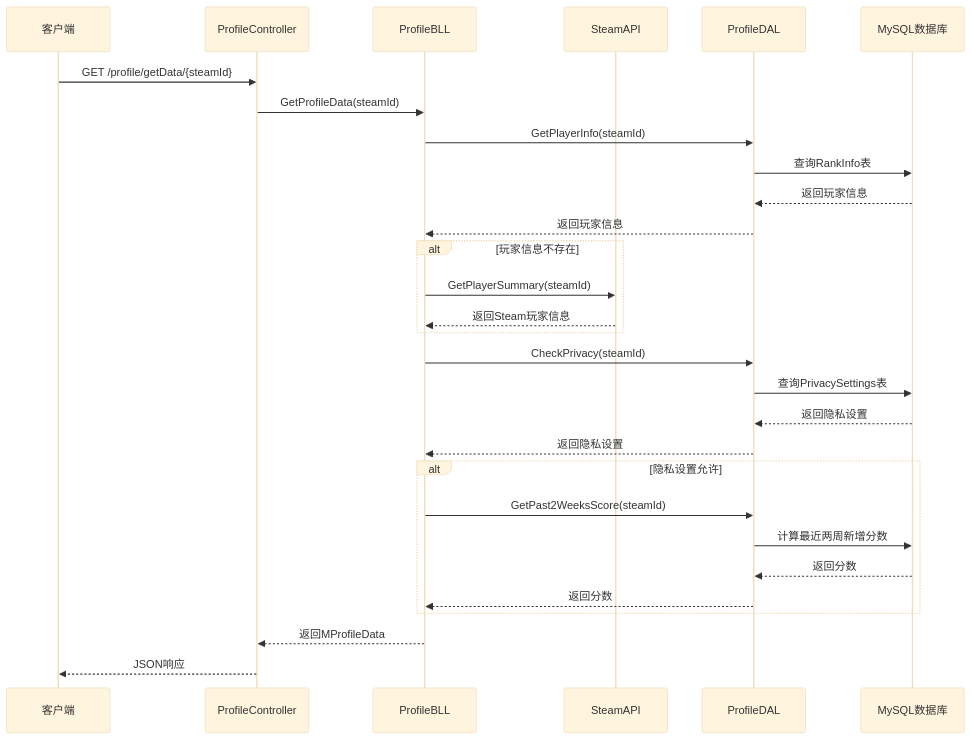
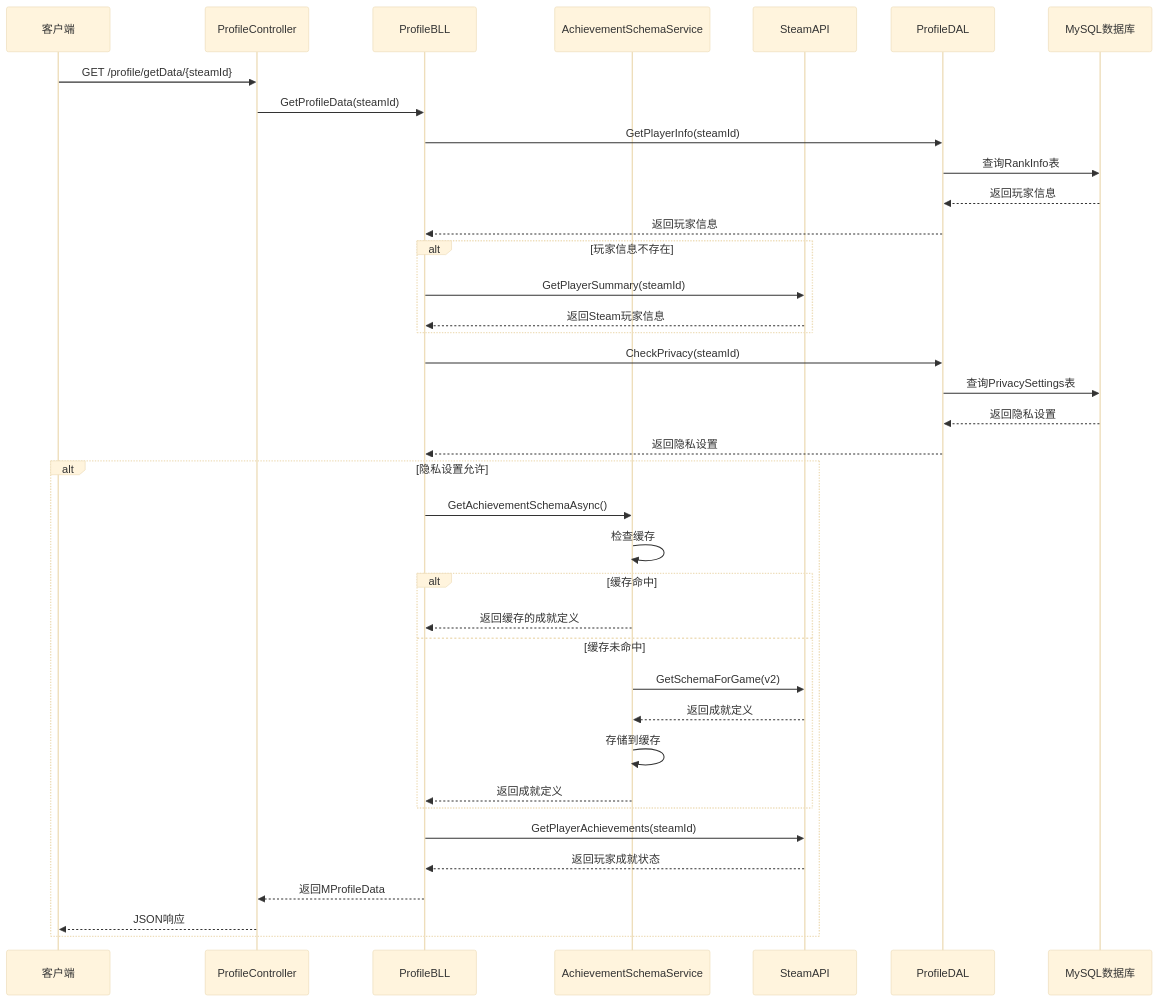
Before and after one commit to TinyMaD/SpeedRunnersLab: the second of 15 diagrams in .qoder/repowiki/zh/content/后端 API 服务/用户管理模块/个人资料系统.md, drawn with Mermaid (base theme). The commit also changed other lines of this file and 9 other files, not shown here.

````diff
--- a/.qoder/repowiki/zh/content/后端 API 服务/用户管理模块/个人资料系统.md
+++ b/.qoder/repowiki/zh/content/后端 API 服务/用户管理模块/个人资料系统.md
@@ -141,31 +159,40 @@
 ```mermaid
 sequenceDiagram
 participant Client as 客户端
 participant Controller as ProfileController
 participant BLL as ProfileBLL
+participant SchemaService as AchievementSchemaService
 participant Steam as SteamAPI
 participant DAL as ProfileDAL
 participant DB as MySQL数据库
 Client->>Controller : GET /profile/getData/{steamId}
 Controller->>BLL : GetProfileData(steamId)
 BLL->>DAL : GetPlayerInfo(steamId)
 DAL->>DB : 查询RankInfo表
 DB-->>DAL : 返回玩家信息
 DAL-->>BLL : 返回玩家信息
 alt 玩家信息不存在
 BLL->>Steam : GetPlayerSummary(steamId)
 Steam-->>BLL : 返回Steam玩家信息
 end
 BLL->>DAL : CheckPrivacy(steamId)
 DAL->>DB : 查询PrivacySettings表
 DB-->>DAL : 返回隐私设置
 DAL-->>BLL : 返回隐私设置
 alt 隐私设置允许
-BLL->>DAL : GetPast2WeeksScore(steamId)
-DAL->>DB : 计算最近两周新增分数
-DB-->>DAL : 返回分数
-DAL-->>BLL : 返回分数
+BLL->>SchemaService : GetAchievementSchemaAsync()
+SchemaService->>SchemaService : 检查缓存
+alt 缓存命中
+SchemaService-->>BLL : 返回缓存的成就定义
+else 缓存未命中
+SchemaService->>Steam : GetSchemaForGame(v2)
+Steam-->>SchemaService : 返回成就定义
+SchemaService->>SchemaService : 存储到缓存
+SchemaService-->>BLL : 返回成就定义
 end
+BLL->>Steam : GetPlayerAchievements(steamId)
+Steam-->>BLL : 返回玩家成就状态
 BLL-->>Controller : 返回MProfileData
 Controller-->>Client : JSON响应
+end
 ```
````
